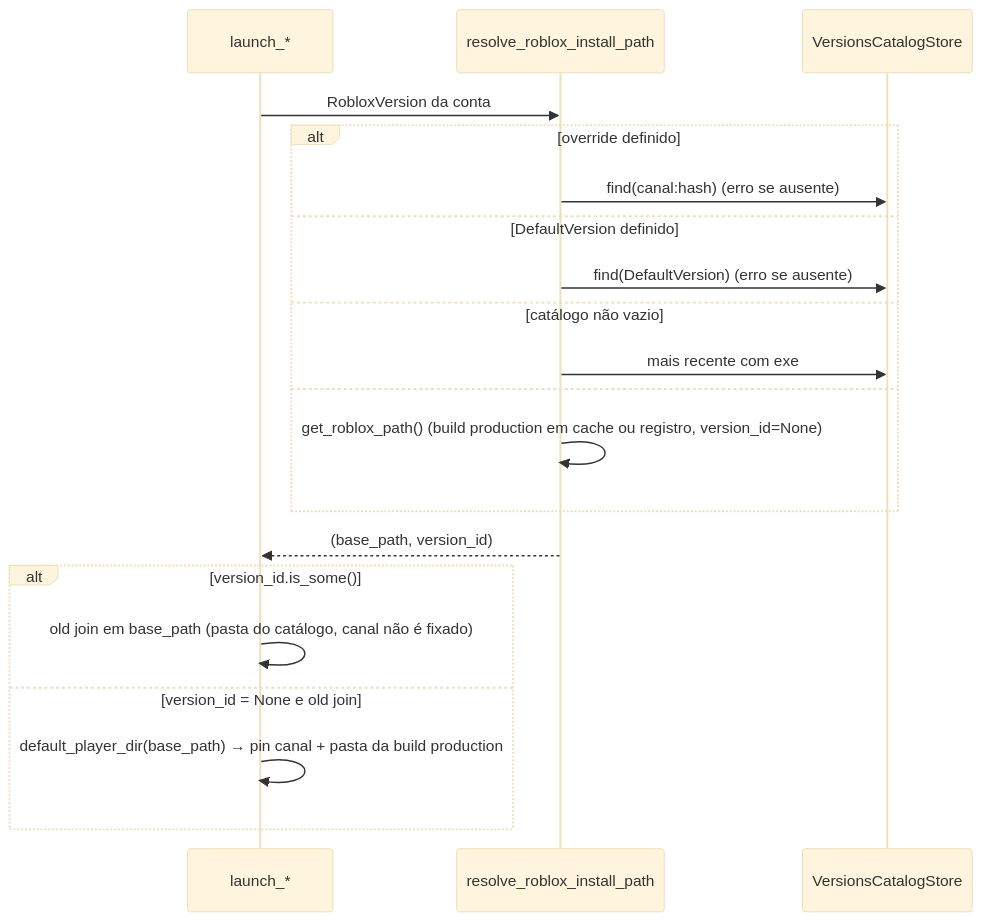
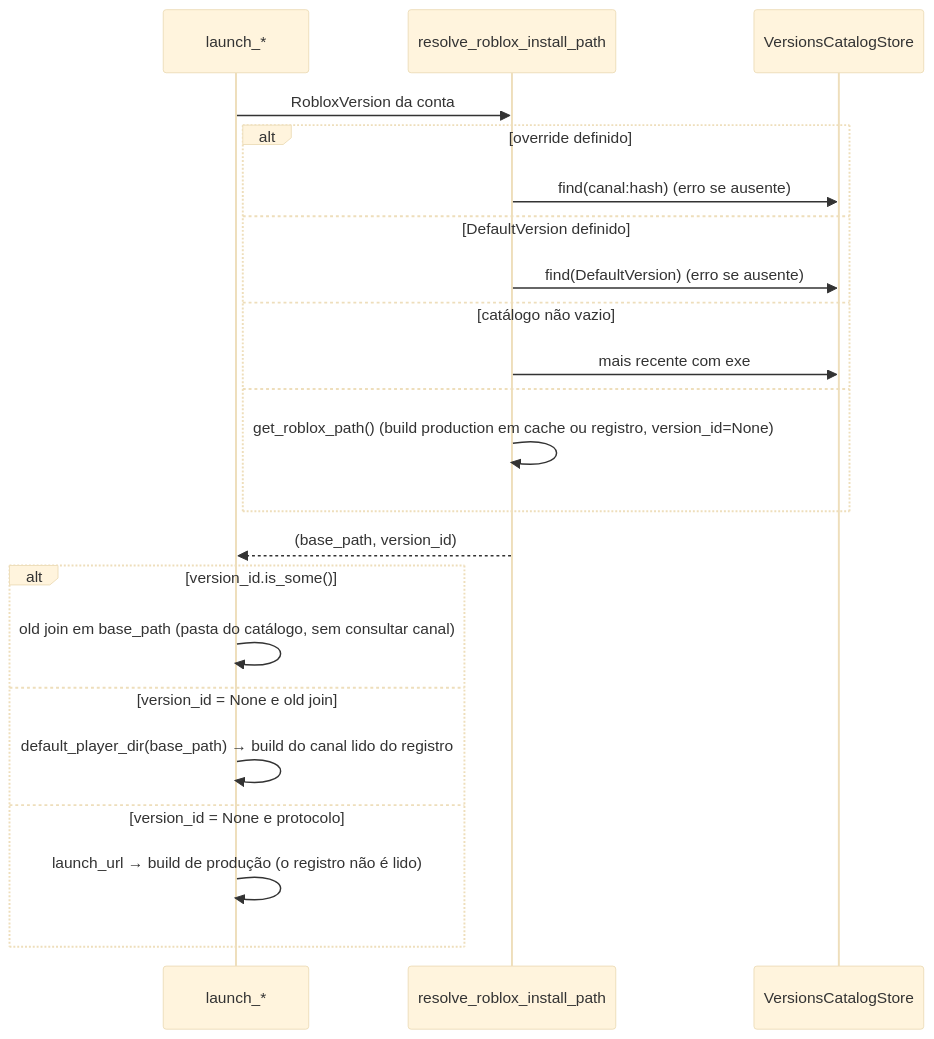
The diagram in docs/features/roblox-versions.md (luanmacea/MultiAlt), drawn with Mermaid (base theme) before and after one commit. The commit also changed other lines of this file and 7 other files, not shown here.

````diff
--- a/docs/features/roblox-versions.md
+++ b/docs/features/roblox-versions.md
@@ -40,22 +40,24 @@
 ```mermaid
 sequenceDiagram
     participant L as launch_*
     participant R as resolve_roblox_install_path
     participant C as VersionsCatalogStore
     L->>R: RobloxVersion da conta
     alt override definido
         R->>C: find(canal:hash) (erro se ausente)
     else DefaultVersion definido
         R->>C: find(DefaultVersion) (erro se ausente)
     else catálogo não vazio
         R->>C: mais recente com exe
     else
         R->>R: get_roblox_path() (build production em cache ou registro, version_id=None)
     end
     R-->>L: (base_path, version_id)
     alt version_id.is_some()
-        L->>L: old join em base_path (pasta do catálogo, canal não é fixado)
+        L->>L: old join em base_path (pasta do catálogo, sem consultar canal)
     else version_id = None e old join
-        L->>L: default_player_dir(base_path) → pin canal + pasta da build production
+        L->>L: default_player_dir(base_path) → build do canal lido do registro
+    else version_id = None e protocolo
+        L->>L: launch_url → build de produção (o registro não é lido)
     end
 ```
````
